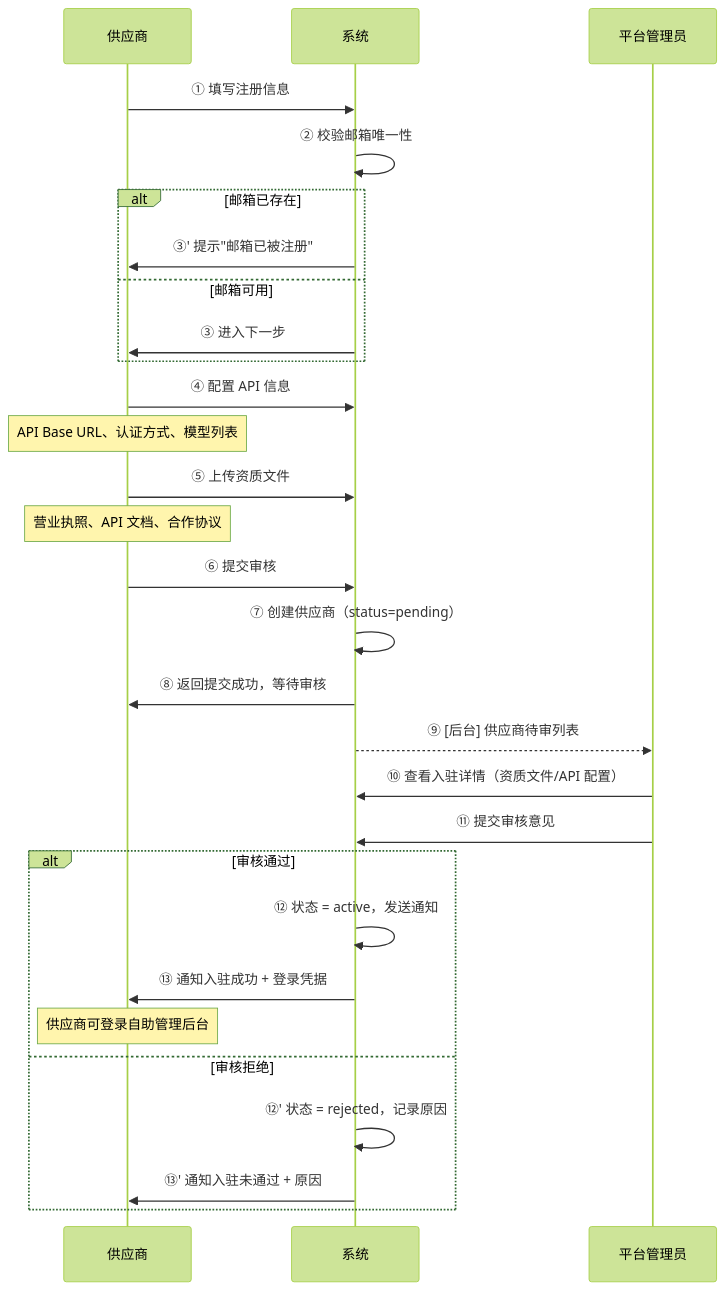
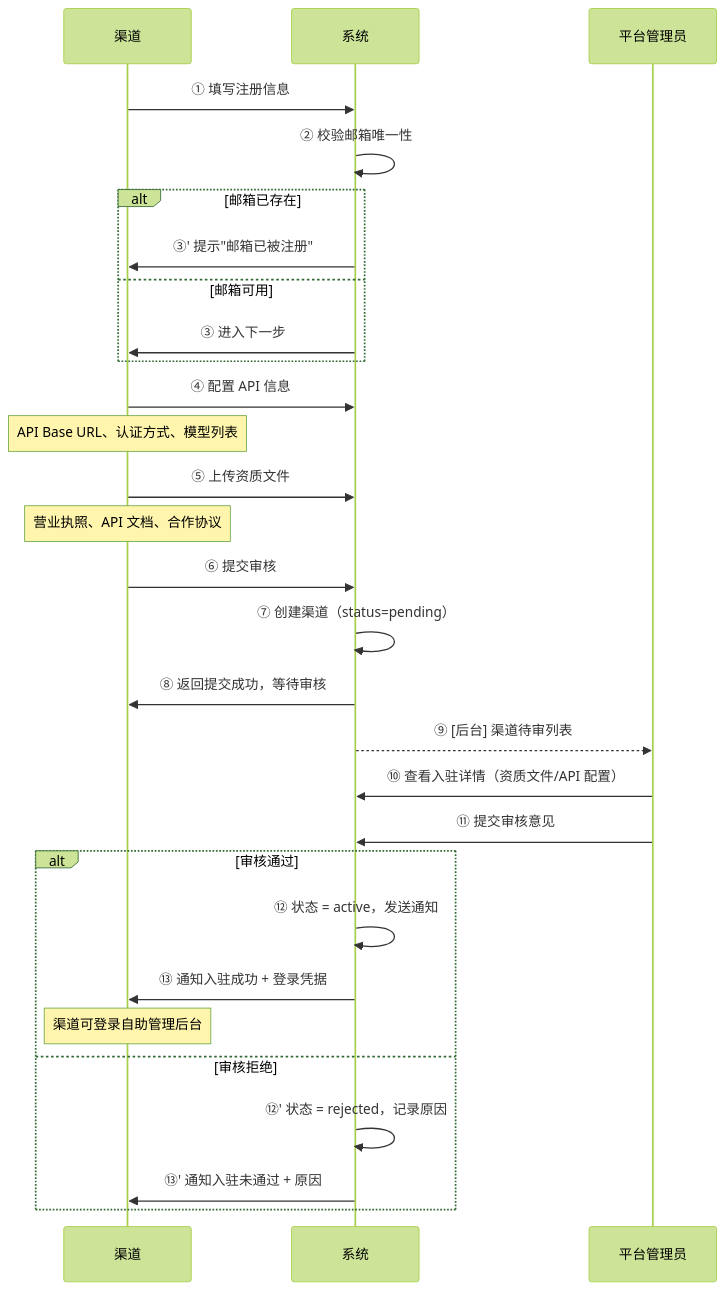
One commit to k19008800/3c changed the diagram in docs/ref-4.10-vendor-self-service.md. Above: the diagram before and after it, drawn with Mermaid (forest theme). The commit also changed other lines of this file and 616 other files, not shown here.

````diff
--- a/docs/ref-4.10-vendor-self-service.md
+++ b/docs/ref-4.10-vendor-self-service.md
@@ -43,37 +43,37 @@
 ```mermaid
 sequenceDiagram
-    participant V as 供应商
+    participant V as 渠道
     participant S as 系统
     participant A as 平台管理员
 
     V->>S: ① 填写注册信息
     S->>S: ② 校验邮箱唯一性
     alt 邮箱已存在
         S->>V: ③' 提示"邮箱已被注册"
     else 邮箱可用
         S->>V: ③ 进入下一步
     end
 
     V->>S: ④ 配置 API 信息
     Note over V: API Base URL、认证方式、模型列表
 
     V->>S: ⑤ 上传资质文件
     Note over V: 营业执照、API 文档、合作协议
 
     V->>S: ⑥ 提交审核
-    S->>S: ⑦ 创建供应商（status=pending）
+    S->>S: ⑦ 创建渠道（status=pending）
     S->>V: ⑧ 返回提交成功，等待审核
-    S-->>A: ⑨ [后台] 供应商待审列表
+    S-->>A: ⑨ [后台] 渠道待审列表
 
     A->>S: ⑩ 查看入驻详情（资质文件/API 配置）
     A->>S: ⑪ 提交审核意见
 
     alt 审核通过
         S->>S: ⑫ 状态 = active，发送通知
         S->>V: ⑬ 通知入驻成功 + 登录凭据
-        Note over V: 供应商可登录自助管理后台
+        Note over V: 渠道可登录自助管理后台
     else 审核拒绝
         S->>S: ⑫' 状态 = rejected，记录原因
         S->>V: ⑬' 通知入驻未通过 + 原因
     end
 ```
````
